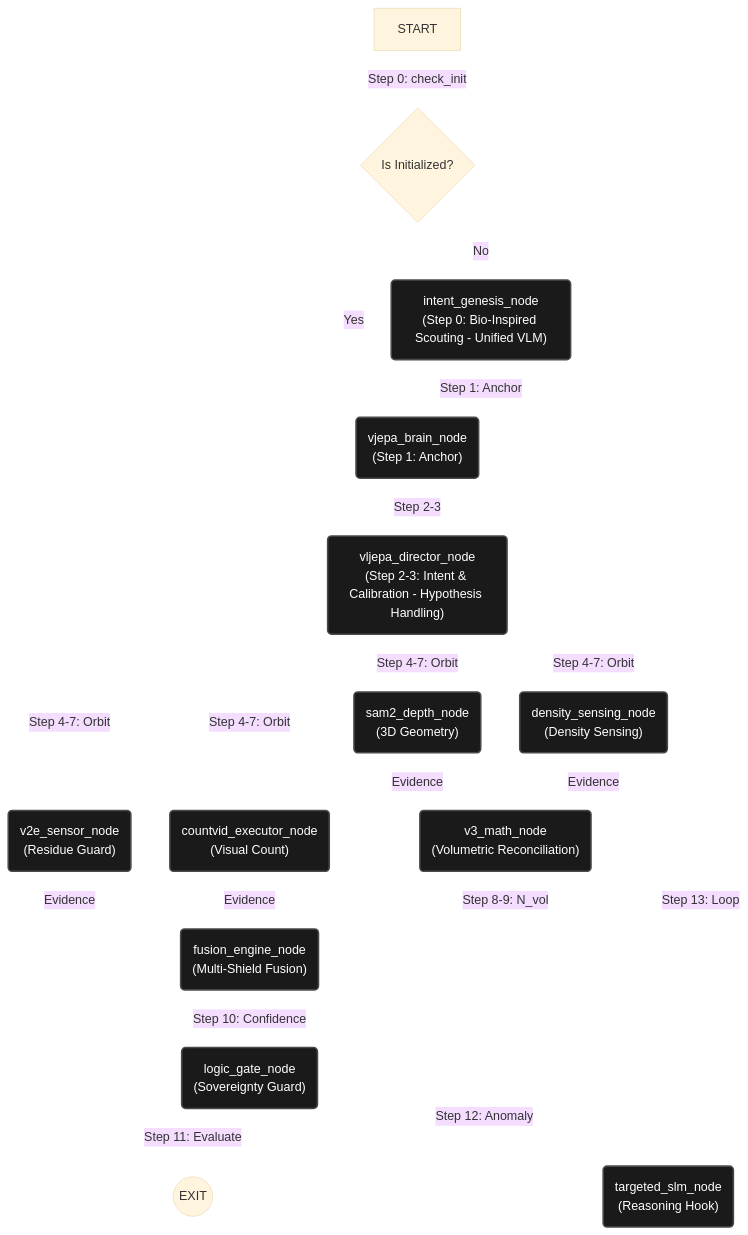
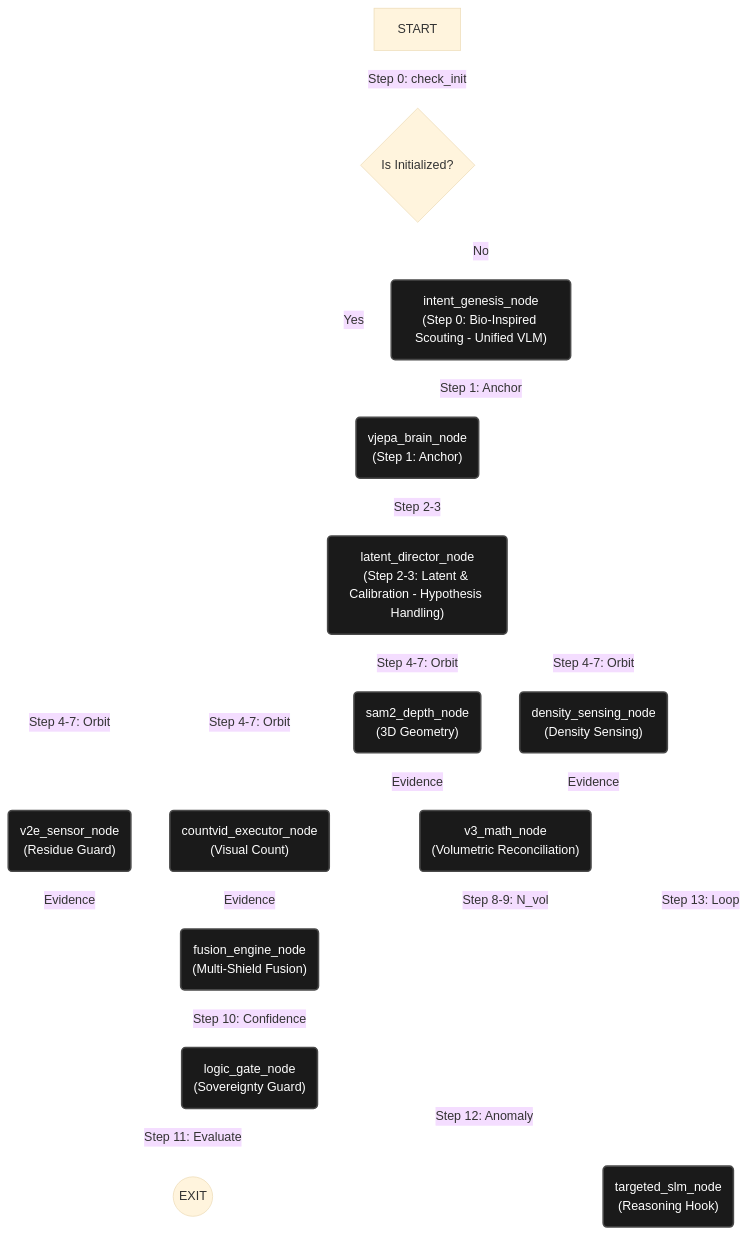
One commit to Yonnnnnnnnn/numeri-vjepa-experiment changed the diagram in Architecture_Diagram.md. Above: the diagram before and after it, drawn with Mermaid (base theme). The commit also changed other lines of this file and 5 other files, not shown here.

````diff
--- a/Architecture_Diagram.md
+++ b/Architecture_Diagram.md
@@ -27,44 +27,44 @@
 ```mermaid
 graph TD
     %% Define Objects (Nodes)
     %% Define Objects (Nodes)
     intent_genesis_node("intent_genesis_node<br>(Step 0: Bio-Inspired Scouting - Unified VLM)")
     vjepa_brain_node("vjepa_brain_node<br>(Step 1: Anchor)")
-    vljepa_director_node("vljepa_director_node<br>(Step 2-3: Intent & Calibration - Hypothesis Handling)")
+    latent_director_node("latent_director_node<br>(Step 2-3: Latent & Calibration - Hypothesis Handling)")
     v2e_sensor_node("v2e_sensor_node<br>(Residue Guard)")
     sam2_depth_node("sam2_depth_node<br>(3D Geometry)")
     density_sensing_node("density_sensing_node<br>(Density Sensing)")
     countvid_executor_node("countvid_executor_node<br>(Visual Count)")
     v3_math_node("v3_math_node<br>(Volumetric Reconciliation)")
     fusion_engine_node("fusion_engine_node<br>(Multi-Shield Fusion)")
     logic_gate_node("logic_gate_node<br>(Sovereignty Guard)")
     targeted_slm_node("targeted_slm_node<br>(Reasoning Hook)")
 
     %% Define Sovereignty Flow (14-Step Recursive)
     START["START"] -- "Step 0: check_init" --> init_gate{Is Initialized?}
     init_gate -- "No" --> intent_genesis_node
     init_gate -- "Yes" --> vjepa_brain_node
 
     intent_genesis_node -- "Step 1: Anchor" --> vjepa_brain_node
-    vjepa_brain_node -- "Step 2-3" --> vljepa_director_node
-    vljepa_director_node -- "Step 4-7: Orbit" --> v2e_sensor_node
-    vljepa_director_node -- "Step 4-7: Orbit" --> sam2_depth_node
-    vljepa_director_node -- "Step 4-7: Orbit" --> density_sensing_node
-    vljepa_director_node -- "Step 4-7: Orbit" --> countvid_executor_node
+    vjepa_brain_node -- "Step 2-3" --> latent_director_node
+    latent_director_node -- "Step 4-7: Orbit" --> v2e_sensor_node
+    latent_director_node -- "Step 4-7: Orbit" --> sam2_depth_node
+    latent_director_node -- "Step 4-7: Orbit" --> density_sensing_node
+    latent_director_node -- "Step 4-7: Orbit" --> countvid_executor_node
 
     v2e_sensor_node -- "Evidence" --> fusion_engine_node
     sam2_depth_node -- "Evidence" --> v3_math_node
     density_sensing_node -- "Evidence" --> v3_math_node
     countvid_executor_node -- "Evidence" --> fusion_engine_node
 
     v3_math_node -- "Step 8-9: N_vol" --> fusion_engine_node
     fusion_engine_node -- "Step 10: Confidence" --> logic_gate_node
     logic_gate_node -- "Step 11: Evaluate" --> EXIT((EXIT))
     logic_gate_node -- "Step 12: Anomaly" --> targeted_slm_node
-    targeted_slm_node -- "Step 13: Loop" --> vljepa_director_node
+    targeted_slm_node -- "Step 13: Loop" --> latent_director_node
 
     %% Styling
     linkStyle default stroke-width:2px,fill:none,stroke:white;
     classDef object fill:#1a1a1a,stroke:#4a4a4a,stroke-width:2px,color:white;
-    class intent_genesis_node,vjepa_brain_node,vljepa_director_node,v2e_sensor_node,sam2_depth_node,density_sensing_node,countvid_executor_node,v3_math_node,fusion_engine_node,logic_gate_node,targeted_slm_node object;
+    class intent_genesis_node,vjepa_brain_node,latent_director_node,v2e_sensor_node,sam2_depth_node,density_sensing_node,countvid_executor_node,v3_math_node,fusion_engine_node,logic_gate_node,targeted_slm_node object;
 ```
````
